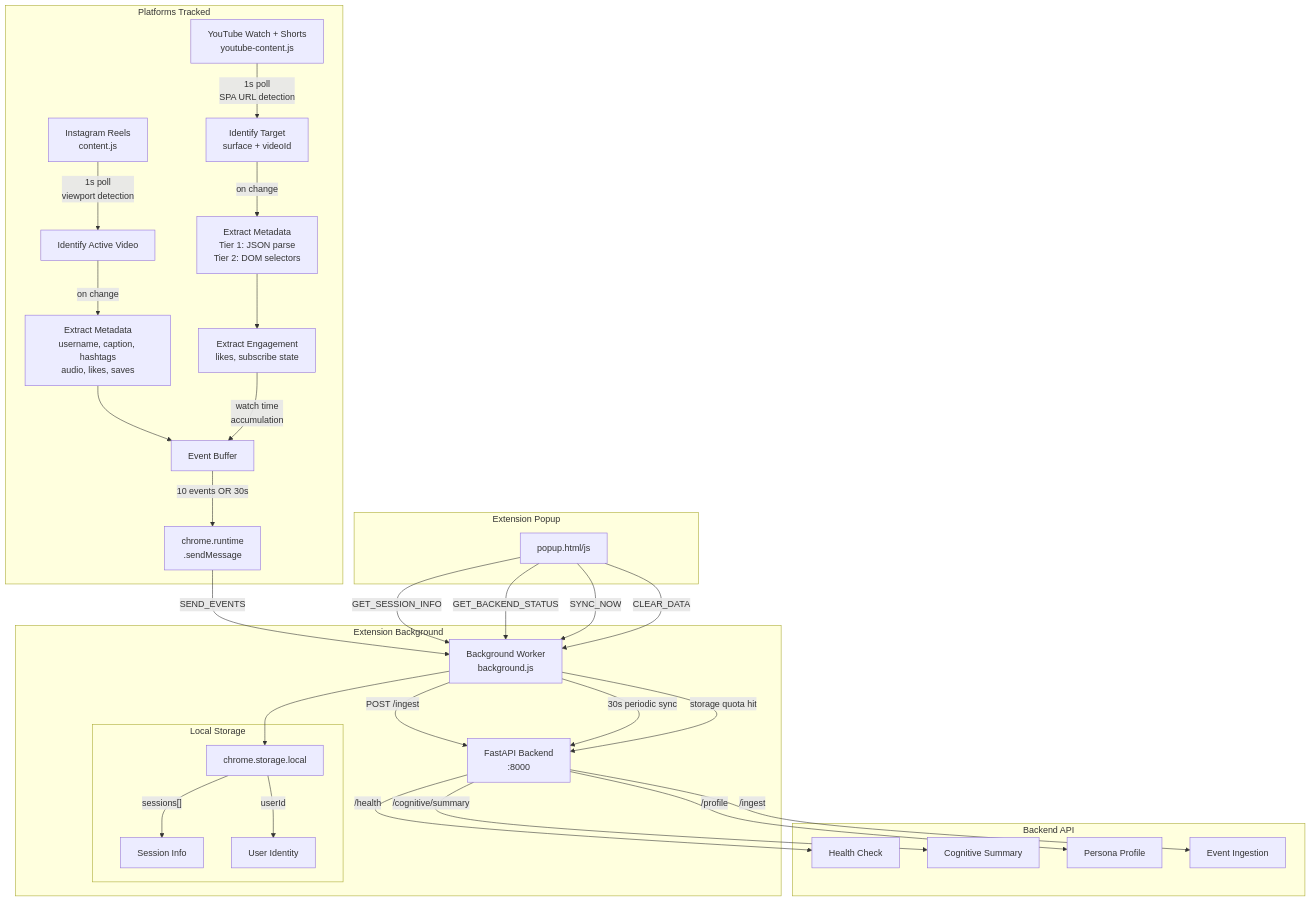
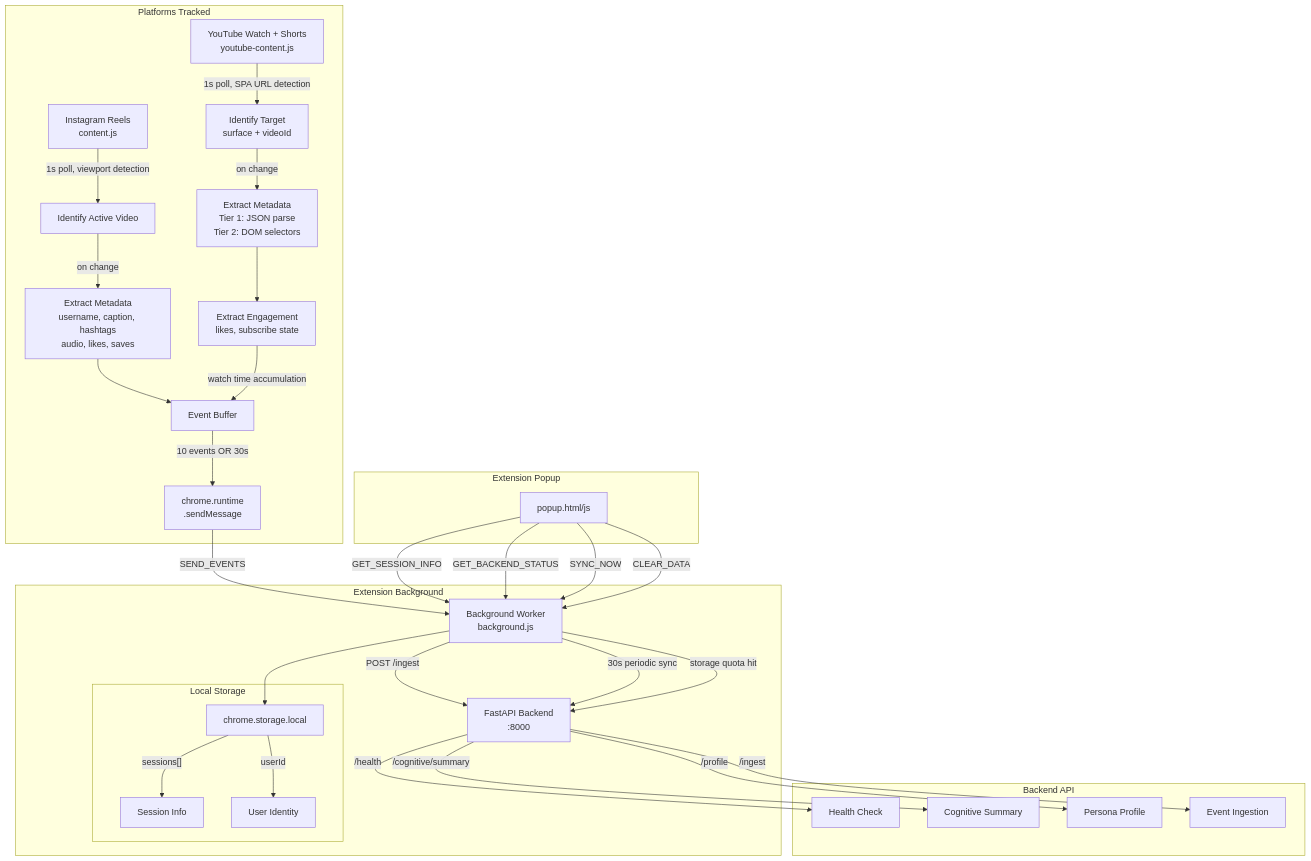
The ninth of 15 diagrams in README.md (cnniranjan72/AI-Mirror), drawn with Mermaid before and after one commit. The commit also changed other lines of this file, not shown here.

First line of the commit message:
fix: fix Mermaid diagram rendering issues

````diff
--- a/README.md
+++ b/README.md
@@ -1342,44 +1346,44 @@
 ```mermaid
 flowchart TB
     subgraph "Platforms Tracked"
-        IG[Instagram Reels<br/>content.js] -->|1s poll<br/>viewport detection| IG_VID[Identify Active Video]
+        IG[Instagram Reels<br/>content.js] -->|"1s poll, viewport detection"| IG_VID[Identify Active Video]
         IG_VID -->|on change| IG_EXT[Extract Metadata<br/>username, caption, hashtags<br/>audio, likes, saves]
         IG_EXT --> BUF[Event Buffer]
 
-        YT[YouTube Watch + Shorts<br/>youtube-content.js] -->|1s poll<br/>SPA URL detection| YT_TGT[Identify Target<br/>surface + videoId]
+        YT[YouTube Watch + Shorts<br/>youtube-content.js] -->|"1s poll, SPA URL detection"| YT_TGT[Identify Target<br/>surface + videoId]
         YT_TGT -->|on change| YT_EXT[Extract Metadata<br/>Tier 1: JSON parse<br/>Tier 2: DOM selectors]
         YT_EXT --> YT_ENG[Extract Engagement<br/>likes, subscribe state]
-        YT_ENG -->|watch time<br/>accumulation| BUF
+        YT_ENG -->|"watch time accumulation"| BUF
 
         BUF -->|10 events OR 30s| SEND[chrome.runtime<br/>.sendMessage]
     end
 
     subgraph "Extension Background"
         SEND -->|SEND_EVENTS| BW[Background Worker<br/>background.js]
         BW -->|POST /ingest| API[FastAPI Backend<br/>:8000]
         BW -->|30s periodic sync| API
         BW -->|storage quota hit| API
 
         subgraph "Local Storage"
             LS[chrome.storage.local]
             LS -->|"sessions[]"| SI[Session Info]
             LS -->|userId| UID[User Identity]
         end
 
         BW --> LS
     end
 
     subgraph "Extension Popup"
         POP[popup.html/js] -->|GET_SESSION_INFO| BW
         POP -->|GET_BACKEND_STATUS| BW
         POP -->|SYNC_NOW| BW
         POP -->|CLEAR_DATA| BW
     end
 
     subgraph "Backend API"
         API -->|/health| HEALTH[Health Check]
         API -->|/cognitive/summary| SUMMARY[Cognitive Summary]
         API -->|/profile| PROFILE[Persona Profile]
         API -->|/ingest| INGEST[Event Ingestion]
     end
 ```
````
